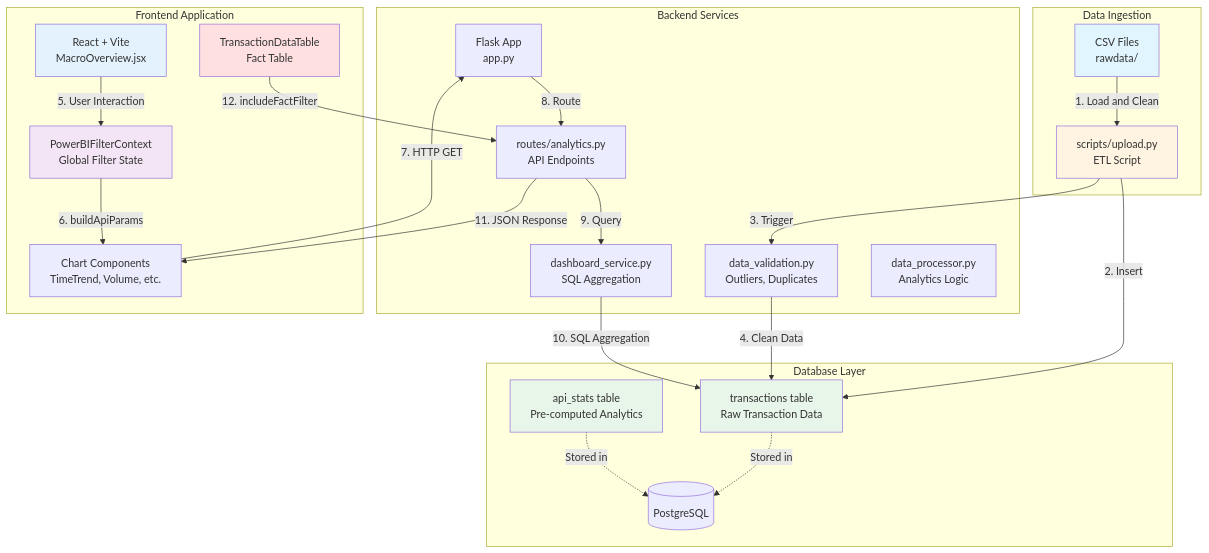
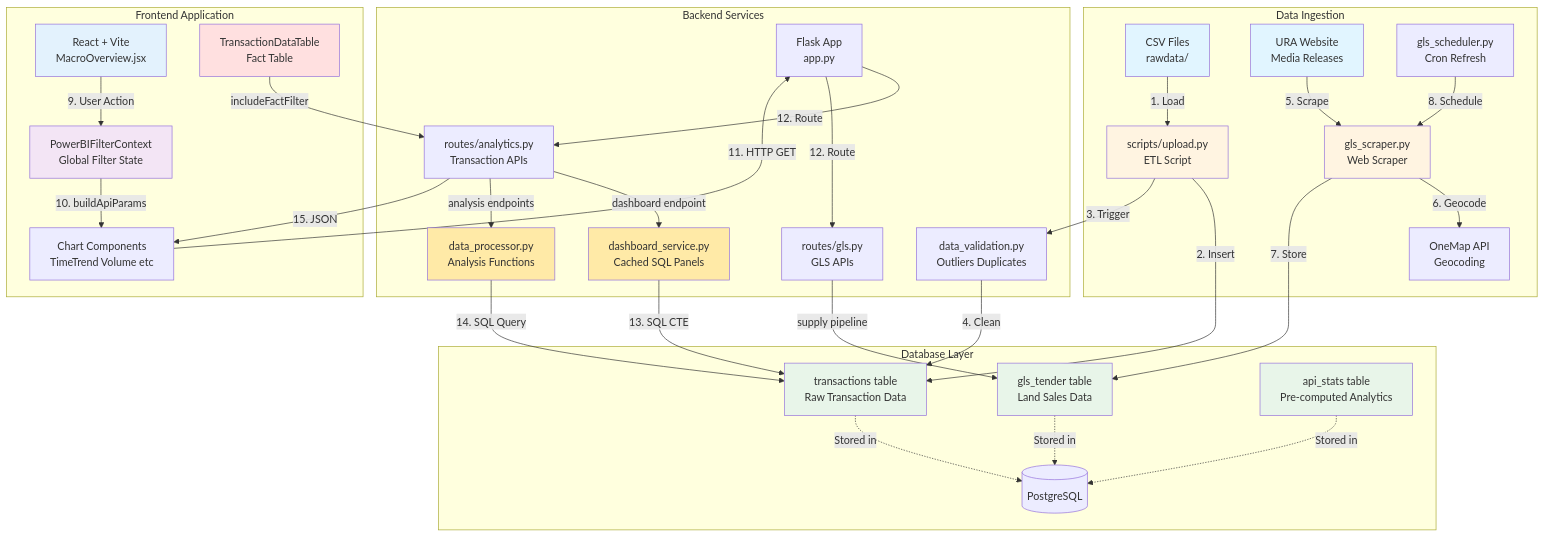
One commit to sgpropertyanalytics/sg-property-analytics changed the first of 3 diagrams in ARCHITECTURE.md. Above: the diagram before and after it, drawn with Mermaid. The commit also changed other lines of this file, not shown here.

First line of the commit message:
Improve architecture diagrams to reflect actual code flow

````diff
--- a/ARCHITECTURE.md
+++ b/ARCHITECTURE.md
@@ -29,52 +29,84 @@
     subgraph "Data Ingestion"
         CSV[CSV Files<br/>rawdata/]
         Upload[scripts/upload.py<br/>ETL Script]
+        URA[URA Website<br/>Media Releases]
+        GLSScraper[gls_scraper.py<br/>Web Scraper]
+        GLSScheduler[gls_scheduler.py<br/>Cron Refresh]
+        OneMap[OneMap API<br/>Geocoding]
     end
 
     subgraph "Database Layer"
         DB[(PostgreSQL)]
         TxnTable[transactions table<br/>Raw Transaction Data]
+        GLSTable[gls_tender table<br/>Land Sales Data]
         StatsTable[api_stats table<br/>Pre-computed Analytics]
     end
 
     subgraph "Backend Services"
         Flask[Flask App<br/>app.py]
-        Validation[data_validation.py<br/>Outliers, Duplicates]
-        DashService[dashboard_service.py<br/>SQL Aggregation]
-        DataProc[data_processor.py<br/>Analytics Logic]
-        Routes[routes/analytics.py<br/>API Endpoints]
+        Validation[data_validation.py<br/>Outliers Duplicates]
+        DashService[dashboard_service.py<br/>Cached SQL Panels]
+        DataProc[data_processor.py<br/>Analysis Functions]
+        AnalyticsRoutes[routes/analytics.py<br/>Transaction APIs]
+        GLSRoutes[routes/gls.py<br/>GLS APIs]
     end
 
     subgraph "Frontend Application"
         React[React + Vite<br/>MacroOverview.jsx]
         FilterCtx[PowerBIFilterContext<br/>Global Filter State]
-        Charts[Chart Components<br/>TimeTrend, Volume, etc.]
+        Charts[Chart Components<br/>TimeTrend Volume etc]
         FactTable[TransactionDataTable<br/>Fact Table]
     end
 
-    CSV -->|1. Load and Clean| Upload
+    %% CSV Ingestion Flow
+    CSV -->|1. Load| Upload
     Upload -->|2. Insert| TxnTable
     Upload -->|3. Trigger| Validation
-    Validation -->|4. Clean Data| TxnTable
+    Validation -->|4. Clean| TxnTable
 
+    %% GLS Scraping Flow
+    URA -->|5. Scrape| GLSScraper
+    GLSScraper -->|6. Geocode| OneMap
+    GLSScraper -->|7. Store| GLSTable
+    GLSScheduler -->|8. Schedule| GLSScraper
+
+    %% Storage
     TxnTable -.->|Stored in| DB
+    GLSTable -.->|Stored in| DB
     StatsTable -.->|Stored in| DB
 
-    React -->|5. User Interaction| FilterCtx
-    FilterCtx -->|6. buildApiParams| Charts
-    Charts -->|7. HTTP GET| Flask
-    Flask -->|8. Route| Routes
-    Routes -->|9. Query| DashService
-    DashService -->|10. SQL Aggregation| TxnTable
-    Routes -->|11. JSON Response| Charts
+    %% Frontend Request Flow
+    React -->|9. User Action| FilterCtx
+    FilterCtx -->|10. buildApiParams| Charts
+    Charts -->|11. HTTP GET| Flask
 
-    FactTable -->|12. includeFactFilter| Routes
+    %% Backend Routing
+    Flask -->|12. Route| AnalyticsRoutes
+    Flask -->|12. Route| GLSRoutes
+
+    %% Service Layer Calls
+    AnalyticsRoutes -->|dashboard endpoint| DashService
+    AnalyticsRoutes -->|analysis endpoints| DataProc
+    GLSRoutes -->|supply pipeline| GLSTable
+
+    %% Database Queries
+    DashService -->|13. SQL CTE| TxnTable
+    DataProc -->|14. SQL Query| TxnTable
+
+    %% Response Flow
+    AnalyticsRoutes -->|15. JSON| Charts
+    FactTable -->|includeFactFilter| AnalyticsRoutes
 
     style CSV fill:#e1f5ff
+    style URA fill:#e1f5ff
     style Upload fill:#fff4e1
+    style GLSScraper fill:#fff4e1
     style TxnTable fill:#e8f5e9
+    style GLSTable fill:#e8f5e9
     style StatsTable fill:#e8f5e9
     style FilterCtx fill:#f3e5f5
     style React fill:#e3f2fd
     style FactTable fill:#ffe0e0
+    style DashService fill:#ffeaa7
+    style DataProc fill:#ffeaa7
 ```
````
